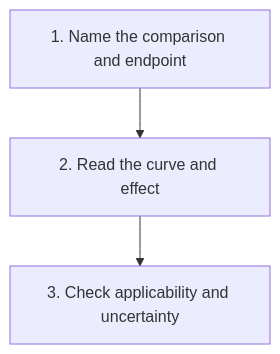
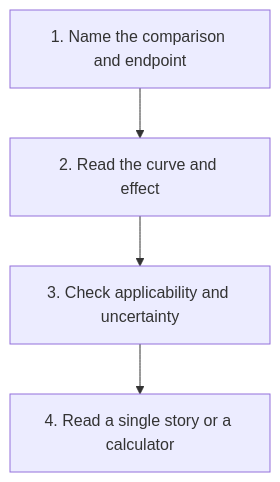
Before and after one commit to jasonLaster/oncoguide: the diagram in wiki/education/guides/reading-cancer-evidence/index.md, drawn with Mermaid. The commit also changed other lines of this file and 322 other files, not shown here.

````diff
--- a/wiki/education/guides/reading-cancer-evidence/index.md
+++ b/wiki/education/guides/reading-cancer-evidence/index.md
@@ -31,5 +32,6 @@
 ```mermaid
 flowchart TD
   A[1. Name the comparison and endpoint] --> B[2. Read the curve and effect]
   B --> C[3. Check applicability and uncertainty]
+  C --> D[4. Read a single story or a calculator]
 ```
````
